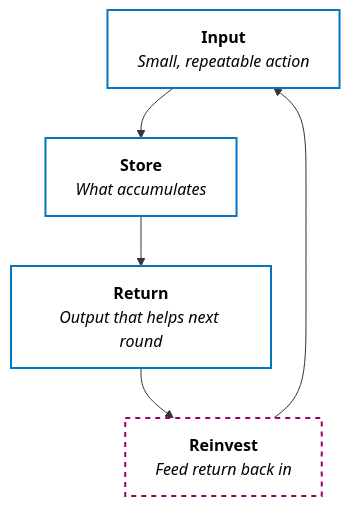
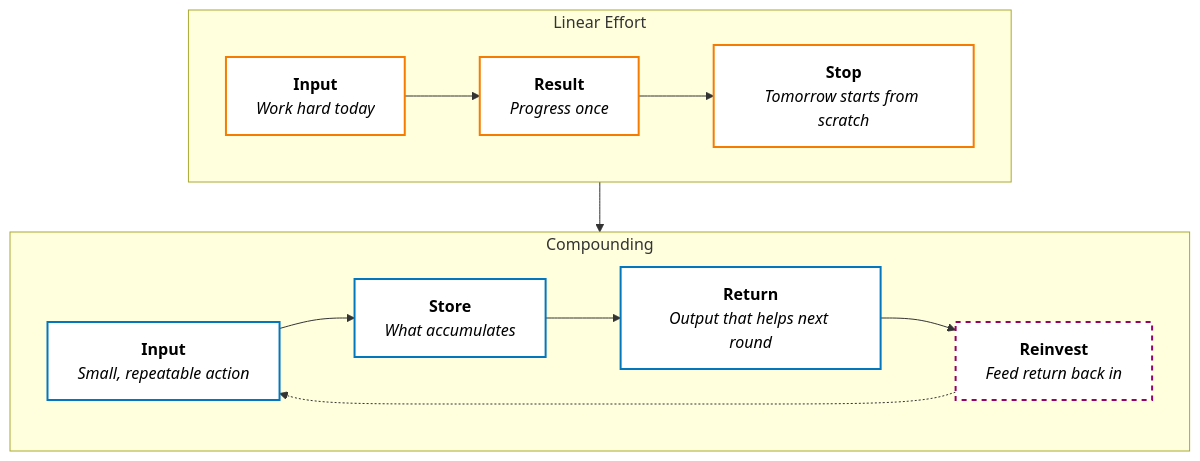
One commit to b0yu-li/b0yu-li.github.io changed the diagram in _posts/2026-09-05-compounding-system.md. Above: the diagram before and after it, drawn with Mermaid. The commit also changed other lines of this file and 9 other files, not shown here.

Commit message:
docs: update cover image specifications and diagram guidelines for clarity and consistency

````diff
--- a/_posts/2026-09-05-compounding-system.md
+++ b/_posts/2026-09-05-compounding-system.md
@@ -31,18 +29,30 @@
 ```mermaid
-graph TD
-    Input["<b>Input</b><br/><i>Small, repeatable action</i>"]
-    Store["<b>Store</b><br/><i>What accumulates</i>"]
-    Return["<b>Return</b><br/><i>Output that helps next round</i>"]
-    Reinvest["<b>Reinvest</b><br/><i>Feed return back in</i>"]
+flowchart TB
+    subgraph linear ["Linear Effort"]
+        direction LR
+        L1["<b>Input</b><br/><i>Work hard today</i>"]
+        L2["<b>Result</b><br/><i>Progress once</i>"]
+        L3["<b>Stop</b><br/><i>Tomorrow starts from scratch</i>"]
+        L1 --> L2 --> L3
+    end
 
-    Input --> Store
-    Store --> Return
-    Return --> Reinvest
-    Reinvest --> Input
+    subgraph compound ["Compounding"]
+        direction LR
+        C1["<b>Input</b><br/><i>Small, repeatable action</i>"]
+        C2["<b>Store</b><br/><i>What accumulates</i>"]
+        C3["<b>Return</b><br/><i>Output that helps next round</i>"]
+        C4["<b>Reinvest</b><br/><i>Feed return back in</i>"]
+        C1 --> C2 --> C3 --> C4
+        C4 -.-> C1
+    end
 
-    classDef node fill:#fff,stroke:#0277bd,stroke-width:2px,color:#000;
-    classDef loop fill:#fff,stroke:#906,stroke-width:2px,stroke-dasharray: 5 5,color:#000;
+    linear --> compound
 
-    class Input,Store,Return node;
-    class Reinvest loop;
+    classDef linearNode fill:#fff,stroke:#f57c00,stroke-width:2px,color:#000;
+    classDef compoundNode fill:#fff,stroke:#0277bd,stroke-width:2px,color:#000;
+    classDef loopNode fill:#fff,stroke:#906,stroke-width:2px,stroke-dasharray: 5 5,color:#000;
+
+    class L1,L2,L3 linearNode;
+    class C1,C2,C3 compoundNode;
+    class C4 loopNode;
 ```
````
